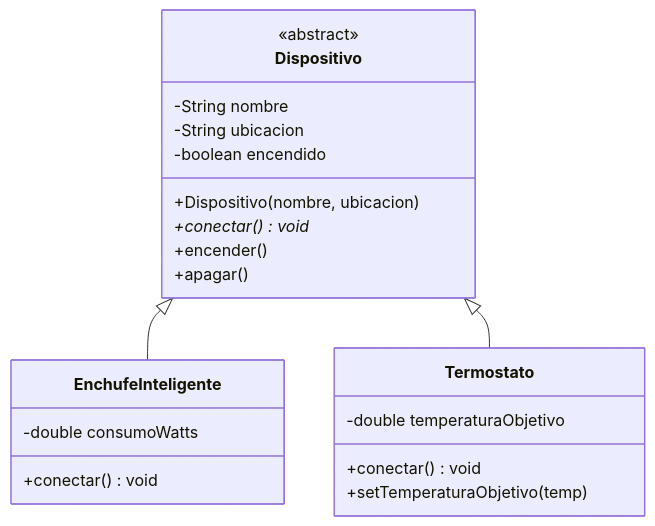
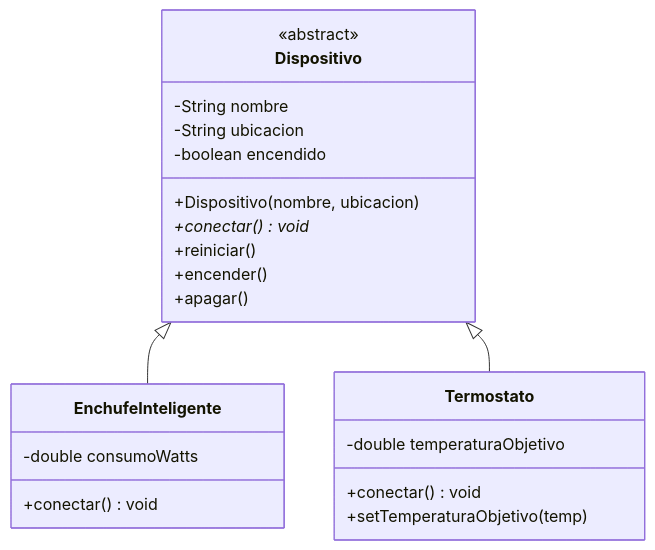
One commit to jssdocente/PG2526_oficial changed the second of 4 diagrams in UT7/EC/EC07.1-fundamentos.md. Above: the diagram before and after it, drawn with Mermaid. The commit also changed other lines of this file, not shown here.

````diff
--- a/UT7/EC/EC07.1-fundamentos.md
+++ b/UT7/EC/EC07.1-fundamentos.md
@@ -124,27 +139,28 @@
 ```mermaid
 classDiagram
     class Dispositivo {
         <<abstract>>
         -String nombre
         -String ubicacion
         -boolean encendido
         +Dispositivo(nombre, ubicacion)
         +conectar()* void
+        +reiniciar()
         +encender()
         +apagar()
     }
     
     class EnchufeInteligente {
         -double consumoWatts
         +conectar() void
     }
     
     class Termostato {
         -double temperaturaObjetivo
         +conectar() void
         +setTemperaturaObjetivo(temp)
     }
     
     Dispositivo <|-- EnchufeInteligente
     Dispositivo <|-- Termostato
 ```
````
